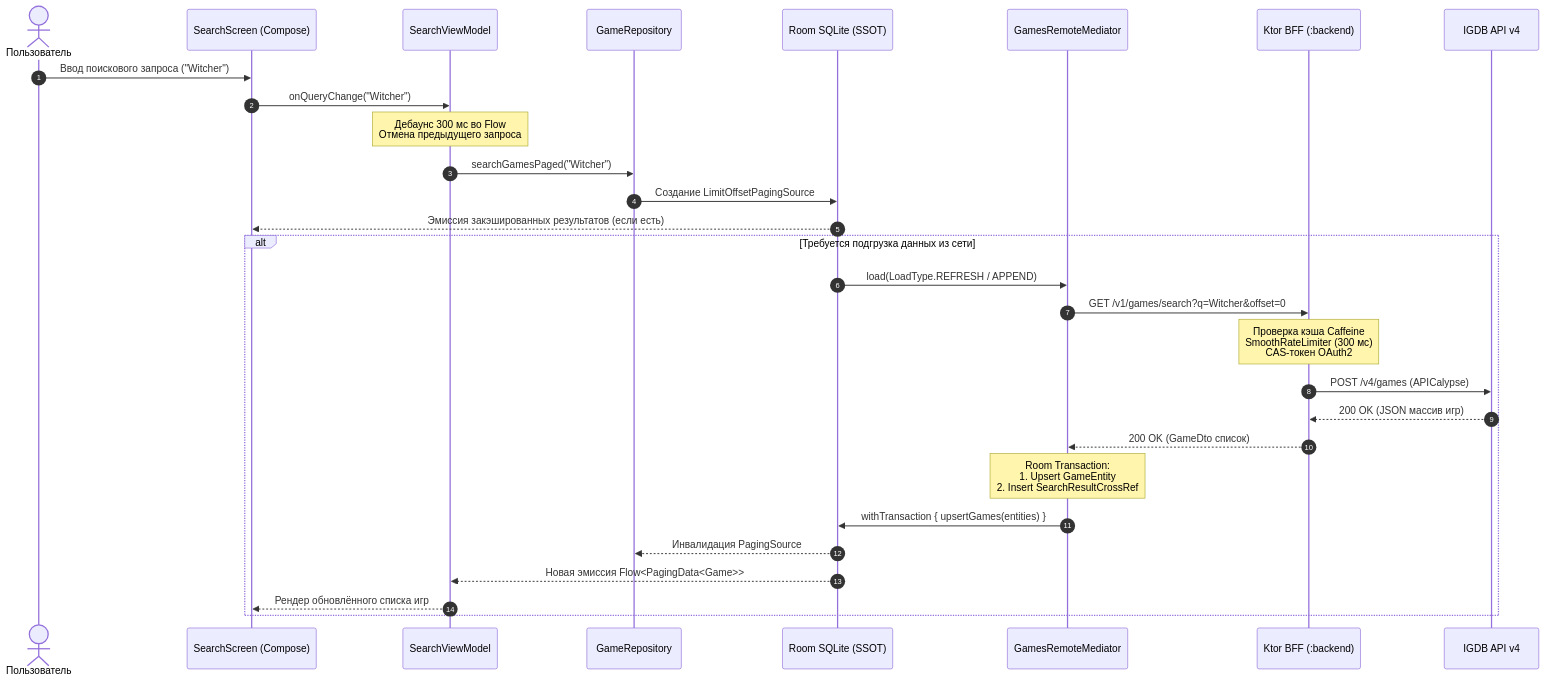
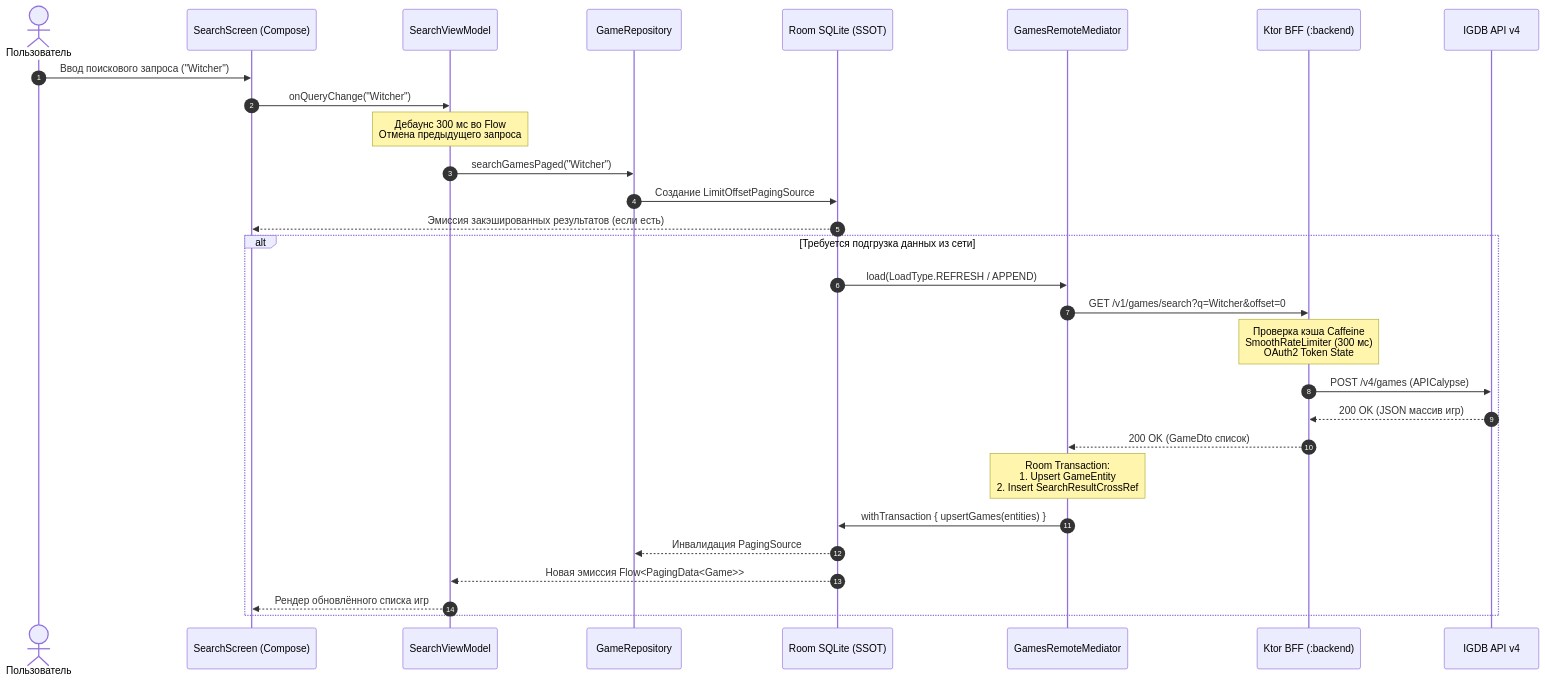
The second of 2 diagrams in docs/ARCHITECTURE.md (TypeNil/game-tracker-app), drawn with Mermaid before and after one commit. The commit also changed other lines of this file and 4 other files, not shown here.

Commit message:
docs(portfolio): technical accuracy in security, recommendations and architecture deep-dives (#15) (#68)

````diff
--- a/docs/ARCHITECTURE.md
+++ b/docs/ARCHITECTURE.md
@@ -61,33 +61,33 @@
 ```mermaid
 sequenceDiagram
     autonumber
     actor User as Пользователь
     participant Screen as SearchScreen (Compose)
     participant VM as SearchViewModel
     participant Repo as GameRepository
     participant Room as Room SQLite (SSOT)
     participant Mediator as GamesRemoteMediator
     participant BFF as Ktor BFF (:backend)
     participant IGDB as IGDB API v4
 
     User->>Screen: Ввод поискового запроса ("Witcher")
     Screen->>VM: onQueryChange("Witcher")
     Note over VM: Дебаунс 300 мс во Flow<br/>Отмена предыдущего запроса
     VM->>Repo: searchGamesPaged("Witcher")
     Repo->>Room: Создание LimitOffsetPagingSource
     Room-->>Screen: Эмиссия закэшированных результатов (если есть)
 
     alt Требуется подгрузка данных из сети
         Room->>Mediator: load(LoadType.REFRESH / APPEND)
         Mediator->>BFF: GET /v1/games/search?q=Witcher&offset=0
-        Note over BFF: Проверка кэша Caffeine<br/>SmoothRateLimiter (300 мс)<br/>CAS-токен OAuth2
+        Note over BFF: Проверка кэша Caffeine<br/>SmoothRateLimiter (300 мс)<br/>OAuth2 Token State
         BFF->>IGDB: POST /v4/games (APICalypse)
         IGDB-->>BFF: 200 OK (JSON массив игр)
         BFF-->>Mediator: 200 OK (GameDto список)
         Note over Mediator: Room Transaction:<br/>1. Upsert GameEntity<br/>2. Insert SearchResultCrossRef
         Mediator->>Room: withTransaction { upsertGames(entities) }
         Room-->>Repo: Инвалидация PagingSource
         Room-->>VM: Новая эмиссия Flow<PagingData<Game>>
         VM-->>Screen: Рендер обновлённого списка игр
     end
 ```
````
